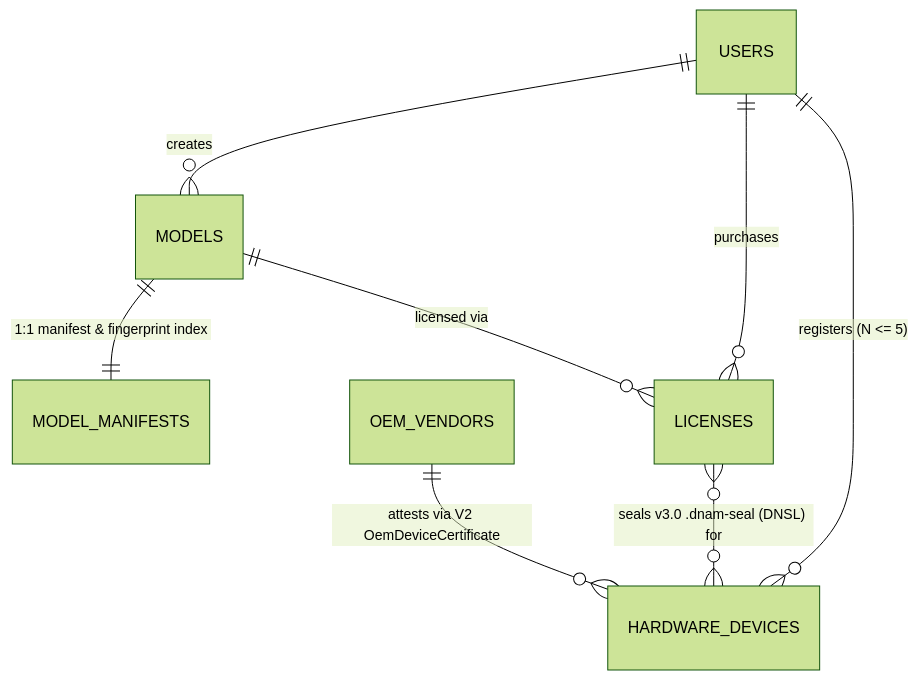
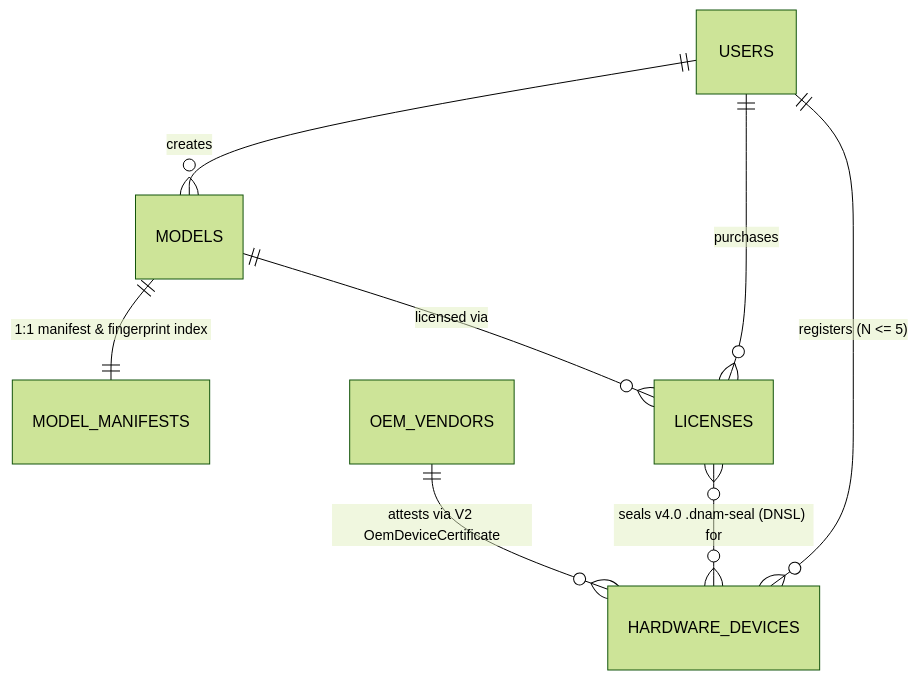
One commit to mokugen/dnam changed the third of 3 diagrams in docs/specs/security/watermarking_and_marketplace.md. Above: the diagram before and after it, drawn with Mermaid (forest theme). The commit also changed other lines of this file and 16 other files, not shown here.

````diff
--- a/docs/specs/security/watermarking_and_marketplace.md
+++ b/docs/specs/security/watermarking_and_marketplace.md
@@ -327,10 +326,10 @@
 ```mermaid
 erDiagram
     USERS ||--o{ MODELS : "creates"
     USERS ||--o{ LICENSES : "purchases"
     USERS ||--o{ HARDWARE_DEVICES : "registers (N <= 5)"
     OEM_VENDORS ||--o{ HARDWARE_DEVICES : "attests via V2 OemDeviceCertificate"
     MODELS ||--|| MODEL_MANIFESTS : "1:1 manifest & fingerprint index"
     MODELS ||--o{ LICENSES : "licensed via"
-    LICENSES }o--o{ HARDWARE_DEVICES : "seals v3.0 .dnam-seal (DNSL) for"
+    LICENSES }o--o{ HARDWARE_DEVICES : "seals v4.0 .dnam-seal (DNSL) for"
 ```
````
